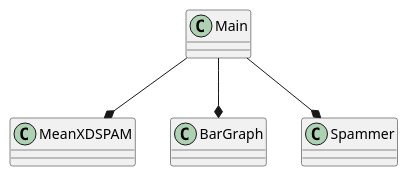
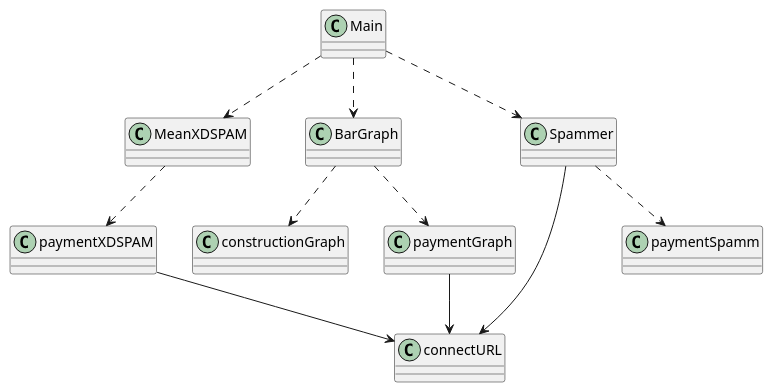
Before and after one commit to Aneryd/parsing_mail_2: the diagram in src/main/java/diagramm.puml, drawn with PlantUML.

Commit message:
Добавлена диаграмма классов

```diff
--- a/src/main/java/diagramm.puml
+++ b/src/main/java/diagramm.puml
@@ -1,7 +1,15 @@
 @startuml
 'https://plantuml.com/sequence-diagram
 
-Main --* MeanXDSPAM
-Main --* BarGraph
-Main --* Spammer
+Main ..> MeanXDSPAM
+MeanXDSPAM ..> paymentXDSPAM
+paymentXDSPAM -->connectURL
+Main ..> BarGraph
+BarGraph ..> constructionGraph
+BarGraph ..> paymentGraph
+paymentGraph -->connectURL
+Main ..> Spammer
+Spammer -->connectURL
+Spammer ..> paymentSpamm
+
 @enduml
```
